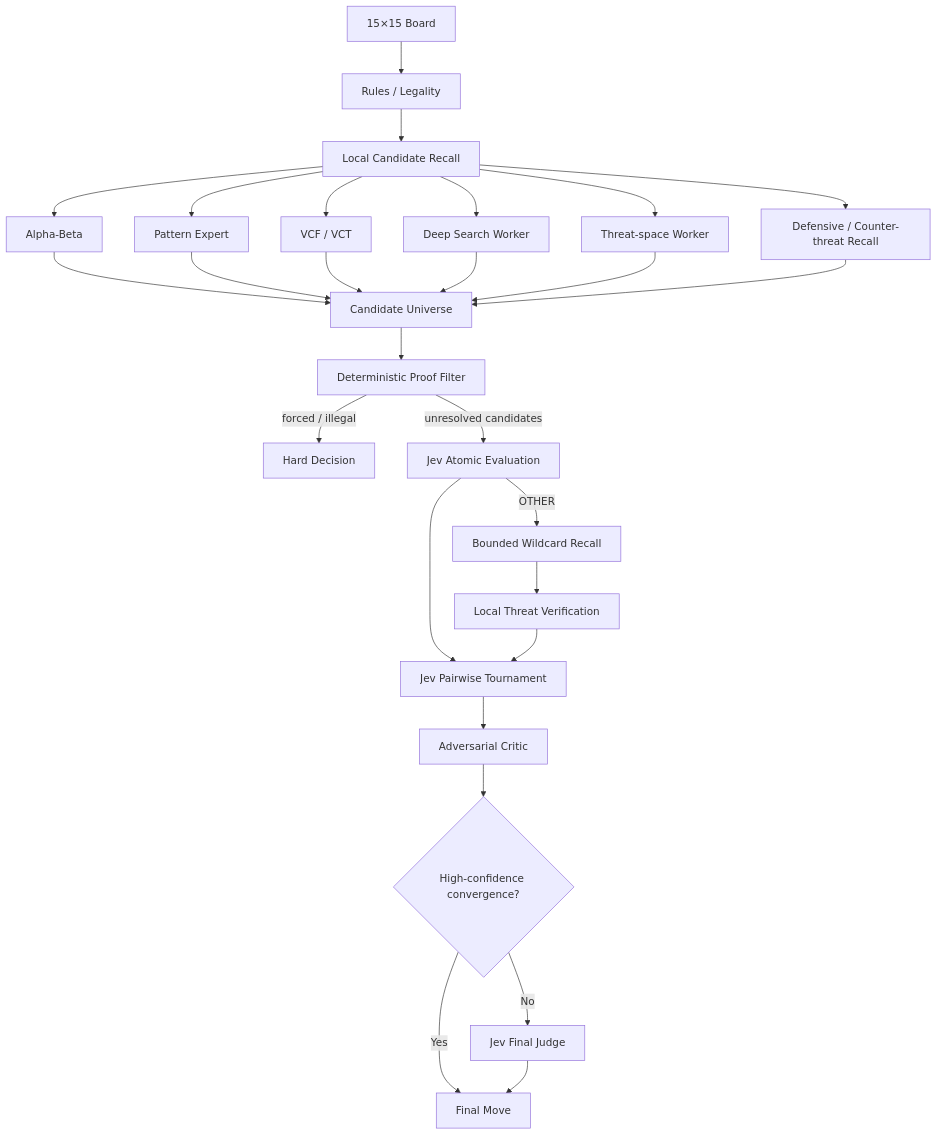
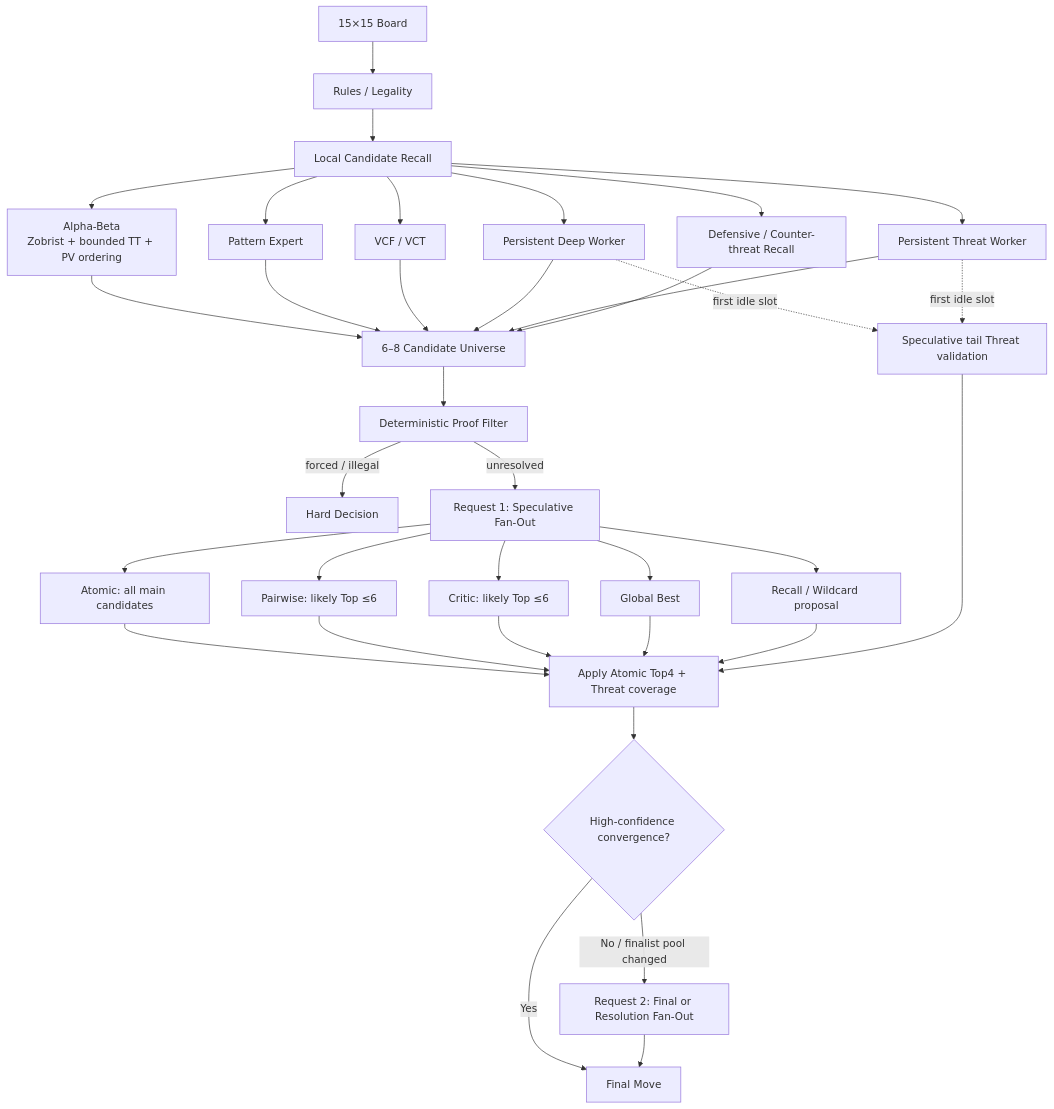
The diagram in README.md (jackson-heylion/jev-gomoku), drawn with Mermaid before and after one commit. The commit also changed other lines of this file, not shown here.

Commit message:
docs: document speculative fan-out and persistent search pipeline

```diff
--- a/README.md
+++ b/README.md
@@ -161,36 +161,44 @@
 ~~~mermaid
 flowchart TD
     A[15×15 Board] --> B[Rules / Legality]
     B --> C[Local Candidate Recall]
 
-    C --> C1[Alpha-Beta]
+    C --> C1[Alpha-Beta<br/>Zobrist + bounded TT + PV ordering]
     C --> C2[Pattern Expert]
     C --> C3[VCF / VCT]
-    C --> C4[Deep Search Worker]
-    C --> C5[Threat-space Worker]
+    C --> C4[Persistent Deep Worker]
+    C --> C5[Persistent Threat Worker]
     C --> C6[Defensive / Counter-threat Recall]
 
-    C1 --> D[Candidate Universe]
+    C1 --> D[6–8 Candidate Universe]
     C2 --> D
     C3 --> D
     C4 --> D
     C5 --> D
     C6 --> D
 
     D --> E[Deterministic Proof Filter]
+    E -->|forced / illegal| F[Hard Decision]
+    E -->|unresolved| G[Request 1: Speculative Fan-Out]
 
-    E -->|forced / illegal| F[Hard Decision]
-    E -->|unresolved candidates| G[Jev Atomic Evaluation]
+    G --> G1[Atomic: all main candidates]
+    G --> G2[Pairwise: likely Top ≤6]
+    G --> G3[Critic: likely Top ≤6]
+    G --> G4[Global Best]
+    G --> G5[Recall / Wildcard proposal]
 
-    G --> H[Jev Pairwise Tournament]
-    H --> I[Adversarial Critic]
-    I --> J{High-confidence convergence?}
+    G1 --> H[Apply Atomic Top4 + Threat coverage]
+    G2 --> H
+    G3 --> H
+    G4 --> H
+    G5 --> H
 
-    J -->|Yes| K[Final Move]
-    J -->|No| L[Jev Final Judge]
-    L --> K
+    H --> I{High-confidence convergence?}
+    I -->|Yes| J[Final Move]
+    I -->|No / finalist pool changed| K[Request 2: Final or Resolution Fan-Out]
+    K --> J
 
-    G -->|OTHER| M[Bounded Wildcard Recall]
-    M --> N[Local Threat Verification]
-    N --> H
+    C4 -. first idle slot .-> T[Speculative tail Threat validation]
+    C5 -. first idle slot .-> T
+    T --> H
 ~~~
```
